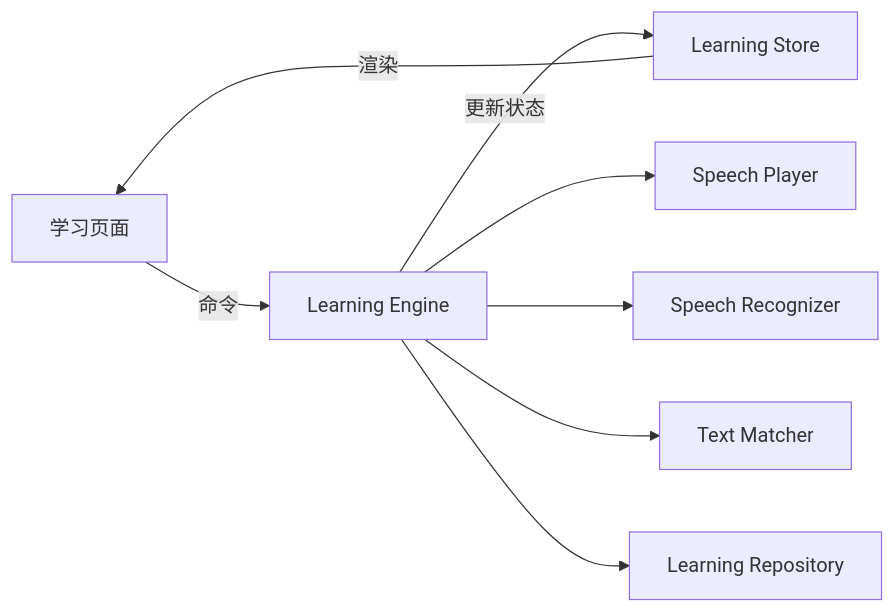
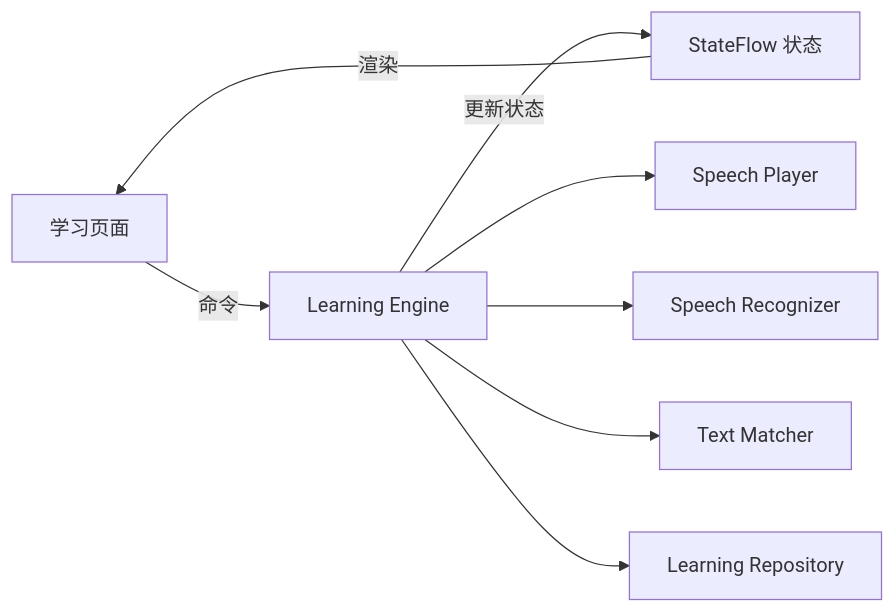
Before and after one commit to xhconceit/EchoCards: the first of 3 diagrams in docs/architecture/learning-engine.md, drawn with Mermaid. The commit also changed other lines of this file and 61 other files, not shown here.

````diff
--- a/docs/architecture/learning-engine.md
+++ b/docs/architecture/learning-engine.md
@@ -23,19 +23,19 @@
 ```mermaid
 flowchart LR
     UI[学习页面]
     Engine[Learning Engine]
-    Store[Learning Store]
+    State[StateFlow 状态]
     Player[Speech Player]
     Recognizer[Speech Recognizer]
     Matcher[Text Matcher]
     Repository[Learning Repository]
 
     UI -->|命令| Engine
-    Engine -->|更新状态| Store
-    Store -->|渲染| UI
+    Engine -->|更新状态| State
+    State -->|渲染| UI
 
     Engine --> Player
     Engine --> Recognizer
     Engine --> Matcher
     Engine --> Repository
 ```
````
